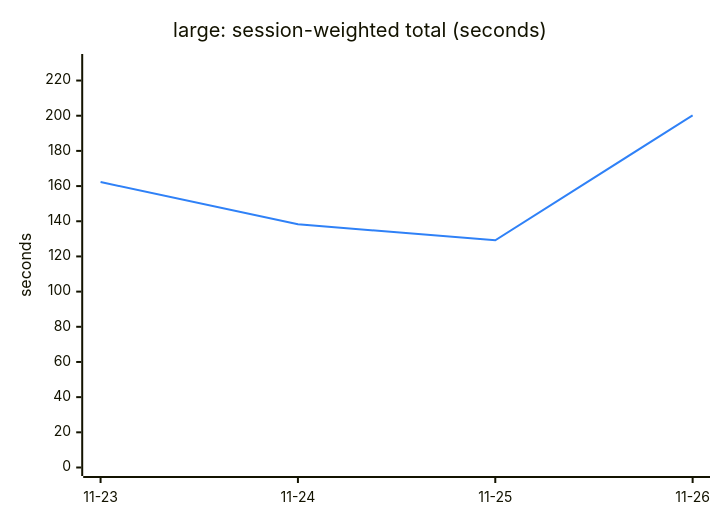
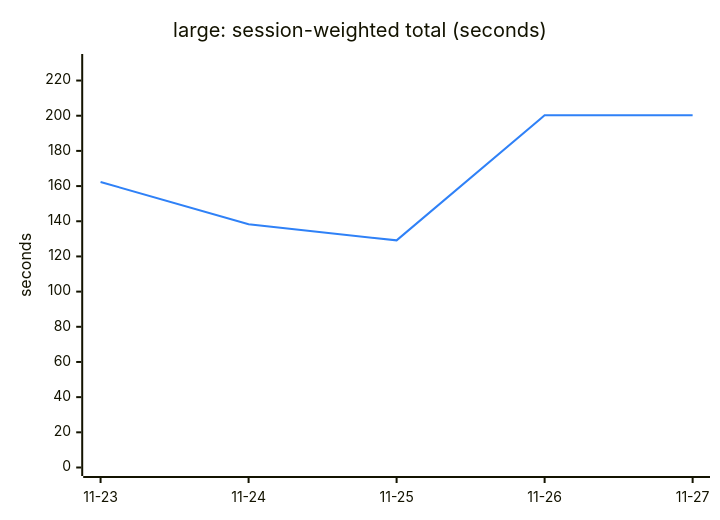
One commit to engalar/mxcli changed the second of 6 diagrams in TREND.md. Above: the diagram before and after it, drawn with Mermaid. The commit also changed other lines of this file and 2 other files, not shown here.

````diff
--- a/TREND.md
+++ b/TREND.md
@@ -48,13 +48,13 @@
 ```mermaid
 ---
 config:
   themeVariables:
     xyChart:
       plotColorPalette: "#2f81f7"
 ---
 xychart-beta
     title "large: session-weighted total (seconds)"
-    x-axis ["11-23", "11-24", "11-25", "11-26"]
+    x-axis ["11-23", "11-24", "11-25", "11-26", "11-27"]
     y-axis "seconds" 0 --> 230.26
-    line [162.30, 138.30, 129.15, 200.23]
+    line [162.30, 138.30, 129.15, 200.23, 200.20]
 ```
````
